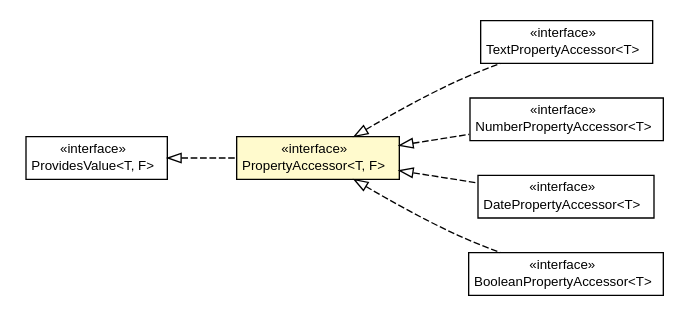
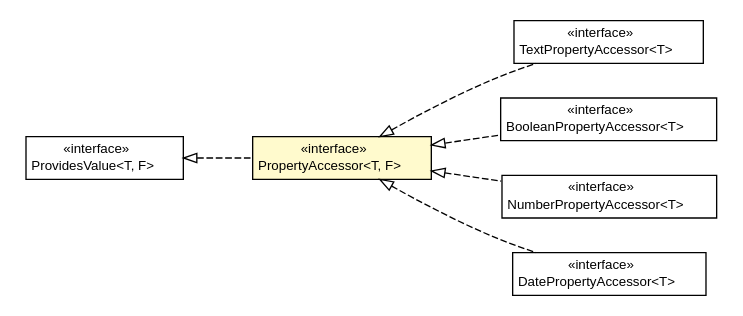
The diagram in javadoc/apidocs/org/turbogwt/mvp/databind/client/property/PropertyAccessor.dot (growbit/turbogwt-databind), drawn with Graphviz before and after one commit. The commit also changed 144 other files, not shown here.

```diff
--- a/javadoc/apidocs/org/turbogwt/mvp/databind/client/property/PropertyAccessor.dot
+++ b/javadoc/apidocs/org/turbogwt/mvp/databind/client/property/PropertyAccessor.dot
@@ -1,65 +1,65 @@
 #!/usr/local/bin/dot
 #
 # Class diagram 
 # Generated by UMLGraph version R5_6-24-gf6e263 (http://www.umlgraph.org/)
 #
 
 digraph G {
-	edge [fontname="arial",fontsize=10,labelfontname="arial",labelfontsize=10];
-	node [fontname="arial",fontsize=10,shape=plaintext];
+	edge [fontname="Helvetica",fontsize=10,labelfontname="Helvetica",labelfontsize=10];
+	node [fontname="Helvetica",fontsize=10,shape=plaintext];
 	nodesep=0.25;
 	ranksep=0.5;
 	rankdir=LR;
 	// org.turbogwt.mvp.databind.client.property.TextPropertyAccessor<T>
 	c718 [label=<<table title="org.turbogwt.mvp.databind.client.property.TextPropertyAccessor" border="0" cellborder="1" cellspacing="0" cellpadding="2" port="p" href="./TextPropertyAccessor.html">
 		<tr><td><table border="0" cellspacing="0" cellpadding="1">
 <tr><td align="center" balign="center"> &#171;interface&#187; </td></tr>
 <tr><td align="center" balign="center"> TextPropertyAccessor&lt;T&gt; </td></tr>
 		</table></td></tr>
-		</table>>, URL="./TextPropertyAccessor.html", fontname="arial", fontcolor="black", fontsize=10.0];
-	// org.turbogwt.mvp.databind.client.property.PropertyAccessor<T, F>
-	c719 [label=<<table title="org.turbogwt.mvp.databind.client.property.PropertyAccessor" border="0" cellborder="1" cellspacing="0" cellpadding="2" port="p" bgcolor="lemonChiffon" href="./PropertyAccessor.html">
+		</table>>, URL="./TextPropertyAccessor.html", fontname="Helvetica", fontcolor="black", fontsize=10.0];
+	// org.turbogwt.mvp.databind.client.property.BooleanPropertyAccessor<T>
+	c719 [label=<<table title="org.turbogwt.mvp.databind.client.property.BooleanPropertyAccessor" border="0" cellborder="1" cellspacing="0" cellpadding="2" port="p" href="./BooleanPropertyAccessor.html">
 		<tr><td><table border="0" cellspacing="0" cellpadding="1">
 <tr><td align="center" balign="center"> &#171;interface&#187; </td></tr>
-<tr><td align="center" balign="center"> PropertyAccessor&lt;T, F&gt; </td></tr>
+<tr><td align="center" balign="center"> BooleanPropertyAccessor&lt;T&gt; </td></tr>
 		</table></td></tr>
-		</table>>, URL="./PropertyAccessor.html", fontname="arial", fontcolor="black", fontsize=10.0];
+		</table>>, URL="./BooleanPropertyAccessor.html", fontname="Helvetica", fontcolor="black", fontsize=10.0];
 	// org.turbogwt.mvp.databind.client.property.NumberPropertyAccessor<T>
 	c720 [label=<<table title="org.turbogwt.mvp.databind.client.property.NumberPropertyAccessor" border="0" cellborder="1" cellspacing="0" cellpadding="2" port="p" href="./NumberPropertyAccessor.html">
 		<tr><td><table border="0" cellspacing="0" cellpadding="1">
 <tr><td align="center" balign="center"> &#171;interface&#187; </td></tr>
 <tr><td align="center" balign="center"> NumberPropertyAccessor&lt;T&gt; </td></tr>
 		</table></td></tr>
-		</table>>, URL="./NumberPropertyAccessor.html", fontname="arial", fontcolor="black", fontsize=10.0];
+		</table>>, URL="./NumberPropertyAccessor.html", fontname="Helvetica", fontcolor="black", fontsize=10.0];
+	// org.turbogwt.mvp.databind.client.property.PropertyAccessor<T, F>
+	c721 [label=<<table title="org.turbogwt.mvp.databind.client.property.PropertyAccessor" border="0" cellborder="1" cellspacing="0" cellpadding="2" port="p" bgcolor="lemonChiffon" href="./PropertyAccessor.html">
+		<tr><td><table border="0" cellspacing="0" cellpadding="1">
+<tr><td align="center" balign="center"> &#171;interface&#187; </td></tr>
+<tr><td align="center" balign="center"> PropertyAccessor&lt;T, F&gt; </td></tr>
+		</table></td></tr>
+		</table>>, URL="./PropertyAccessor.html", fontname="Helvetica", fontcolor="black", fontsize=10.0];
 	// org.turbogwt.mvp.databind.client.property.DatePropertyAccessor<T>
-	c721 [label=<<table title="org.turbogwt.mvp.databind.client.property.DatePropertyAccessor" border="0" cellborder="1" cellspacing="0" cellpadding="2" port="p" href="./DatePropertyAccessor.html">
+	c722 [label=<<table title="org.turbogwt.mvp.databind.client.property.DatePropertyAccessor" border="0" cellborder="1" cellspacing="0" cellpadding="2" port="p" href="./DatePropertyAccessor.html">
 		<tr><td><table border="0" cellspacing="0" cellpadding="1">
 <tr><td align="center" balign="center"> &#171;interface&#187; </td></tr>
 <tr><td align="center" balign="center"> DatePropertyAccessor&lt;T&gt; </td></tr>
 		</table></td></tr>
-		</table>>, URL="./DatePropertyAccessor.html", fontname="arial", fontcolor="black", fontsize=10.0];
-	// org.turbogwt.mvp.databind.client.property.BooleanPropertyAccessor<T>
-	c722 [label=<<table title="org.turbogwt.mvp.databind.client.property.BooleanPropertyAccessor" border="0" cellborder="1" cellspacing="0" cellpadding="2" port="p" href="./BooleanPropertyAccessor.html">
-		<tr><td><table border="0" cellspacing="0" cellpadding="1">
-<tr><td align="center" balign="center"> &#171;interface&#187; </td></tr>
-<tr><td align="center" balign="center"> BooleanPropertyAccessor&lt;T&gt; </td></tr>
-		</table></td></tr>
-		</table>>, URL="./BooleanPropertyAccessor.html", fontname="arial", fontcolor="black", fontsize=10.0];
+		</table>>, URL="./DatePropertyAccessor.html", fontname="Helvetica", fontcolor="black", fontsize=10.0];
 	//org.turbogwt.mvp.databind.client.property.TextPropertyAccessor<T> implements org.turbogwt.mvp.databind.client.property.PropertyAccessor<T, F>
-	c719:p -> c718:p [dir=back,arrowtail=empty,style=dashed];
+	c721:p -> c718:p [dir=back,arrowtail=empty,style=dashed];
+	//org.turbogwt.mvp.databind.client.property.BooleanPropertyAccessor<T> implements org.turbogwt.mvp.databind.client.property.PropertyAccessor<T, F>
+	c721:p -> c719:p [dir=back,arrowtail=empty,style=dashed];
+	//org.turbogwt.mvp.databind.client.property.NumberPropertyAccessor<T> implements org.turbogwt.mvp.databind.client.property.PropertyAccessor<T, F>
+	c721:p -> c720:p [dir=back,arrowtail=empty,style=dashed];
 	//org.turbogwt.mvp.databind.client.property.PropertyAccessor<T, F> implements org.turbogwt.core.providers.client.ProvidesValue<T, F>
-	c731:p -> c719:p [dir=back,arrowtail=empty,style=dashed];
-	//org.turbogwt.mvp.databind.client.property.NumberPropertyAccessor<T> implements org.turbogwt.mvp.databind.client.property.PropertyAccessor<T, F>
-	c719:p -> c720:p [dir=back,arrowtail=empty,style=dashed];
+	c731:p -> c721:p [dir=back,arrowtail=empty,style=dashed];
 	//org.turbogwt.mvp.databind.client.property.DatePropertyAccessor<T> implements org.turbogwt.mvp.databind.client.property.PropertyAccessor<T, F>
-	c719:p -> c721:p [dir=back,arrowtail=empty,style=dashed];
-	//org.turbogwt.mvp.databind.client.property.BooleanPropertyAccessor<T> implements org.turbogwt.mvp.databind.client.property.PropertyAccessor<T, F>
-	c719:p -> c722:p [dir=back,arrowtail=empty,style=dashed];
+	c721:p -> c722:p [dir=back,arrowtail=empty,style=dashed];
 	// org.turbogwt.core.providers.client.ProvidesValue<T, F>
 	c731 [label=<<table title="org.turbogwt.core.providers.client.ProvidesValue" border="0" cellborder="1" cellspacing="0" cellpadding="2" port="p">
 		<tr><td><table border="0" cellspacing="0" cellpadding="1">
 <tr><td align="center" balign="center"> &#171;interface&#187; </td></tr>
 <tr><td align="center" balign="center"> ProvidesValue&lt;T, F&gt; </td></tr>
 		</table></td></tr>
-		</table>>, URL="null", fontname="arial", fontcolor="black", fontsize=10.0];
+		</table>>, URL="null", fontname="Helvetica", fontcolor="black", fontsize=10.0];
 }
```
